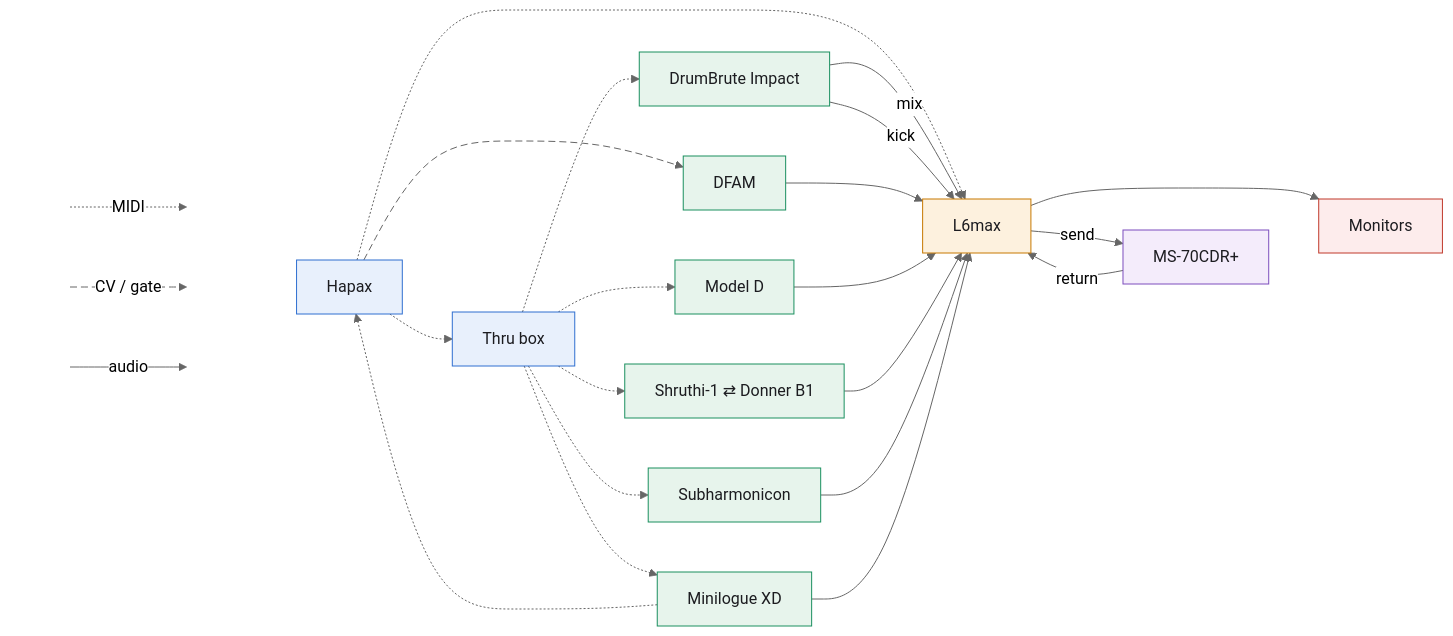
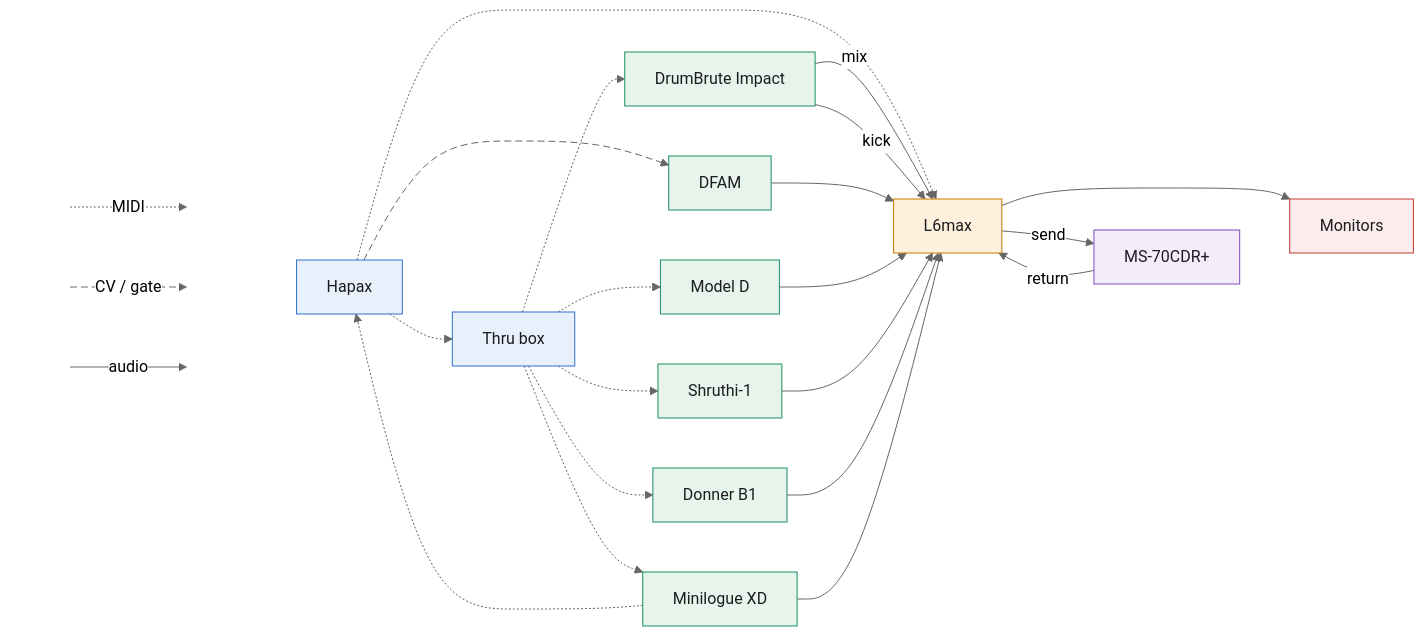
The diagram in README.md (saponace/synth-setup), drawn with Mermaid before and after one commit. The commit also changed other lines of this file and 3 other files, not shown here.

````diff
--- a/README.md
+++ b/README.md
@@ -1,76 +1,76 @@
 ```mermaid
 ---
 config:
   theme: neutral
   flowchart:
     curve: basis
 ---
 flowchart LR
     %% box color = kind of gear, line style = kind of signal
     classDef seq fill:#e8f0fc,stroke:#2f6fd0,color:#1c1c20
     classDef voice fill:#e7f4ec,stroke:#1a8f5f,color:#1c1c20
     classDef mix fill:#fdf1de,stroke:#c77800,color:#1c1c20
     classDef fx fill:#f4ecfb,stroke:#7c4dbd,color:#1c1c20
     classDef mon fill:#fdecec,stroke:#c0392b,color:#1c1c20
     classDef pin fill:none,stroke:none
     classDef cv stroke-dasharray: 7 4
 
     %% legend, tied to Hapax by invisible links so it lands in the left columns
     LA[" "] -. "MIDI" .-> LB[" "]
     LC[" "] k1@-- "CV / gate" --> LD[" "]
     LE[" "] -- "audio" --> LF[" "]
     LB ~~~ HAPAX
     LD ~~~ HAPAX
     LF ~~~ HAPAX
 
     HAPAX["Hapax"]
     THRU["Thru box"]
     DBI["DrumBrute Impact"]
     DFAM["DFAM"]
     MODELD["Model D"]
-    SWAP["Shruthi-1 ⇄ Donner B1"]
-    SUBH["Subharmonicon"]
+    SHRUTHI["Shruthi-1"]
+    DONNER["Donner B1"]
     XD["Minilogue XD"]
     L6["L6max"]
     FX["MS-70CDR+"]
     MON["Monitors"]
 
     %% ----- CV / gate -----
     HAPAX c1@--> DFAM
 
     %% ----- MIDI -----
     HAPAX -.-> THRU
     THRU -.-> DBI
     THRU -.-> MODELD
-    THRU -.-> SWAP
-    THRU -.-> SUBH
+    THRU -.-> SHRUTHI
+    THRU -.-> DONNER
     THRU -.-> XD
     XD -.-> HAPAX
     HAPAX -.-> L6
 
     %% ----- audio -----
     DBI -- "mix" --> L6
     DBI -- "kick" --> L6
     DFAM --> L6
     MODELD --> L6
-    SWAP --> L6
-    SUBH --> L6
+    SHRUTHI --> L6
+    DONNER --> L6
     XD --> L6
     L6 -- "send" --> FX
     FX -- "return" --> L6
     L6 --> MON
 
     %% ----- carry no signal, they only steer the layout -----
     %% DFAM among the voices instead of pushed to an end of the column,
     %% monitors out of the FX pedal's column
     THRU ~~~ DFAM
     FX ~~~ MON
 
     class HAPAX,THRU seq
-    class DBI,DFAM,MODELD,SWAP,SUBH,XD voice
+    class DBI,DFAM,MODELD,SHRUTHI,DONNER,XD voice
     class L6 mix
     class FX fx
     class MON mon
     class LA,LB,LC,LD,LE,LF pin
     class c1,k1 cv
 ```
````
